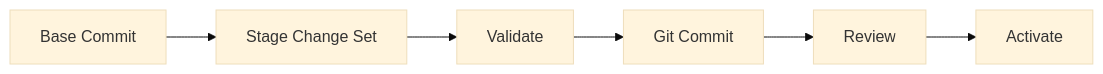
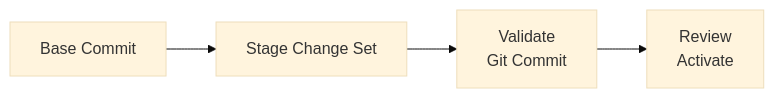
The fifth of 7 diagrams in src/content/posts/agent-native-git.md (YinsenWANG/YinsenWANG.github.io), drawn with Mermaid (base theme) before and after one commit. The commit also changed other lines of this file and 2 other files, not shown here.

Commit message:
Refine Mermaid diagram layouts

````diff
--- a/src/content/posts/agent-native-git.md
+++ b/src/content/posts/agent-native-git.md
@@ -802,8 +798,7 @@
 ```mermaid
+%% size:standard %%
 flowchart LR
   A[Base Commit] --> B[Stage Change Set]
-  B --> C[Validate]
-  C --> D[Git Commit]
-  D --> E[Review]
-  E --> F[Activate]
+  B --> C["Validate<br/>Git Commit"]
+  C --> D["Review<br/>Activate"]
 ```
````
